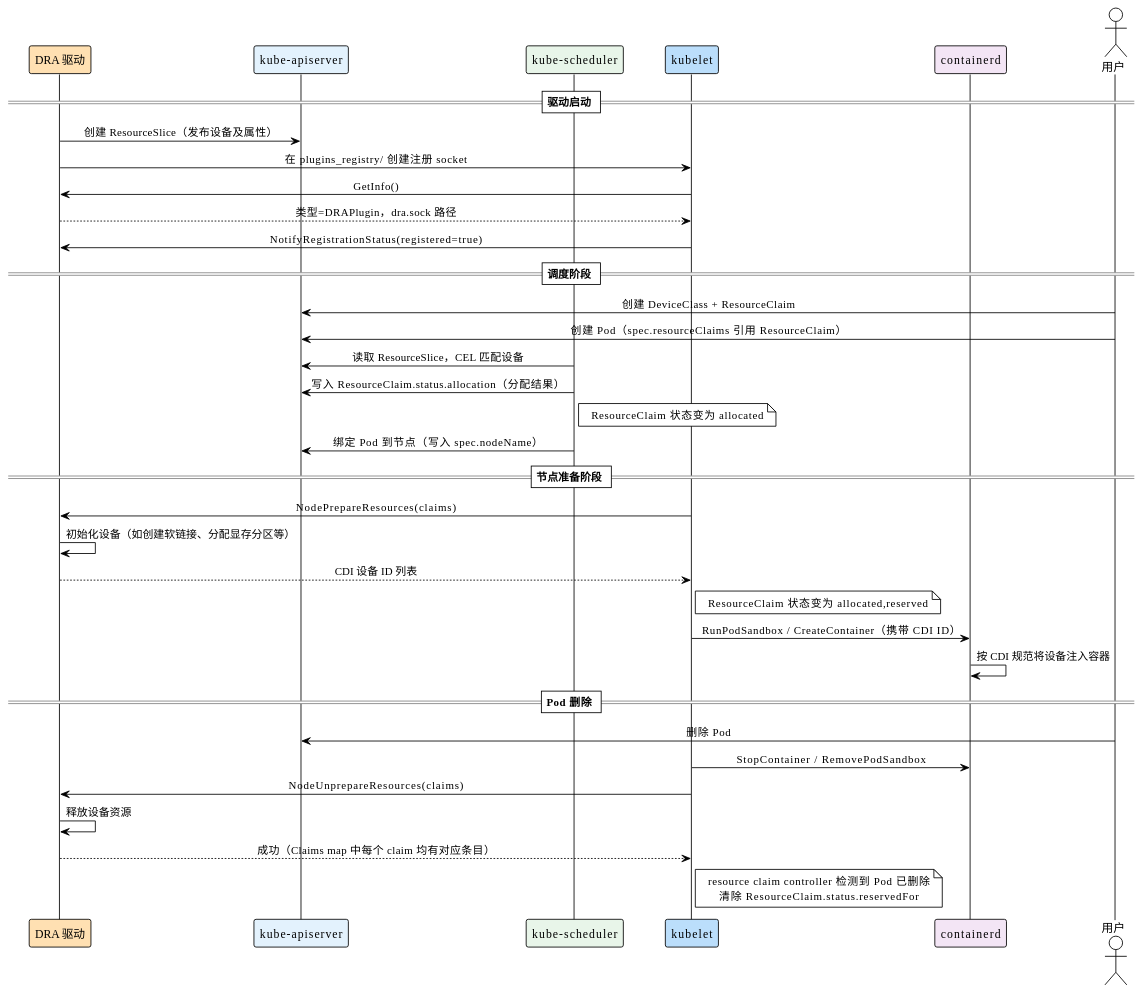
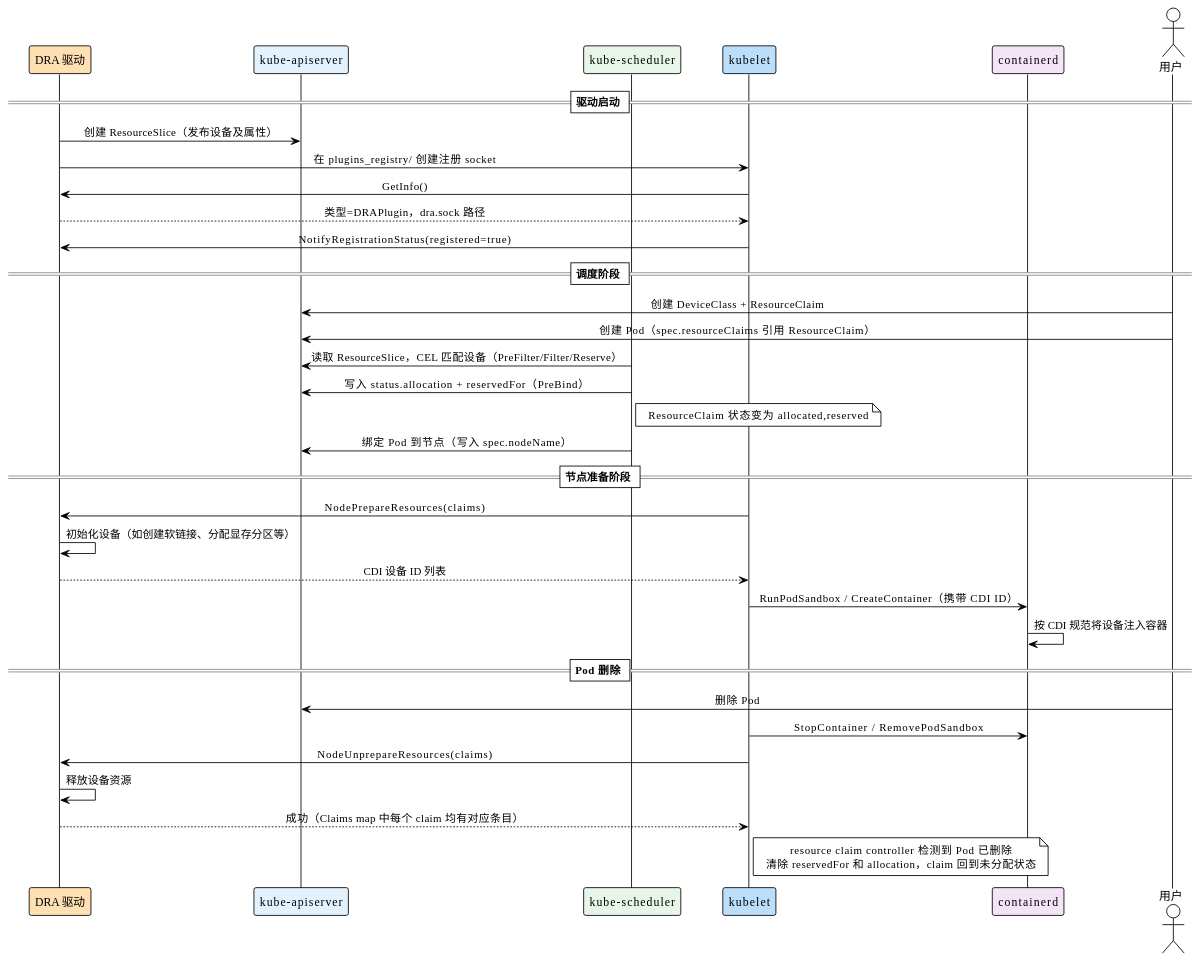
The diagram in content/extensions/dra.md (togettoyou/kubernetes-src-notes), drawn with PlantUML before and after one commit. The commit also changed other lines of this file, not shown here.

Commit message:
0420更新

````diff
--- a/content/extensions/dra.md
+++ b/content/extensions/dra.md
@@ -152,47 +152,46 @@
 ```plantuml
 @startuml
 !theme plain
 skinparam sequenceMessageAlign center
 skinparam responseMessageBelowArrow true
 skinparam defaultTextAlignment center
 skinparam ParticipantPadding 20
 
 participant "DRA 驱动" as drv #FFE0B2
 participant "kube-apiserver" as api #E3F2FD
 participant "kube-scheduler" as sch #E8F5E9
 participant "kubelet" as k #BBDEFB
 participant "containerd" as cri #F3E5F5
 actor "用户" as user
 
 == 驱动启动 ==
 drv -> api : 创建 ResourceSlice（发布设备及属性）
 drv -> k : 在 plugins_registry/ 创建注册 socket
 k -> drv : GetInfo()
 drv --> k : 类型=DRAPlugin，dra.sock 路径
 k -> drv : NotifyRegistrationStatus(registered=true)
 
 == 调度阶段 ==
 user -> api : 创建 DeviceClass + ResourceClaim
 user -> api : 创建 Pod（spec.resourceClaims 引用 ResourceClaim）
-sch -> api : 读取 ResourceSlice，CEL 匹配设备
-sch -> api : 写入 ResourceClaim.status.allocation（分配结果）
-note right of sch : ResourceClaim 状态变为 allocated
+sch -> api : 读取 ResourceSlice，CEL 匹配设备（PreFilter/Filter/Reserve）
+sch -> api : 写入 status.allocation + reservedFor（PreBind）
+note right of sch : ResourceClaim 状态变为 allocated,reserved
 sch -> api : 绑定 Pod 到节点（写入 spec.nodeName）
 
 == 节点准备阶段 ==
 k -> drv : NodePrepareResources(claims)
 drv -> drv : 初始化设备（如创建软链接、分配显存分区等）
 drv --> k : CDI 设备 ID 列表
-note right of k : ResourceClaim 状态变为 allocated,reserved
 k -> cri : RunPodSandbox / CreateContainer（携带 CDI ID）
 cri -> cri : 按 CDI 规范将设备注入容器
 
 == Pod 删除 ==
 user -> api : 删除 Pod
 k -> cri : StopContainer / RemovePodSandbox
 k -> drv : NodeUnprepareResources(claims)
 drv -> drv : 释放设备资源
 drv --> k : 成功（Claims map 中每个 claim 均有对应条目）
-note right of k : resource claim controller 检测到 Pod 已删除\n清除 ResourceClaim.status.reservedFor
+note right of k : resource claim controller 检测到 Pod 已删除\n清除 reservedFor 和 allocation，claim 回到未分配状态
 @enduml
 ```
````
